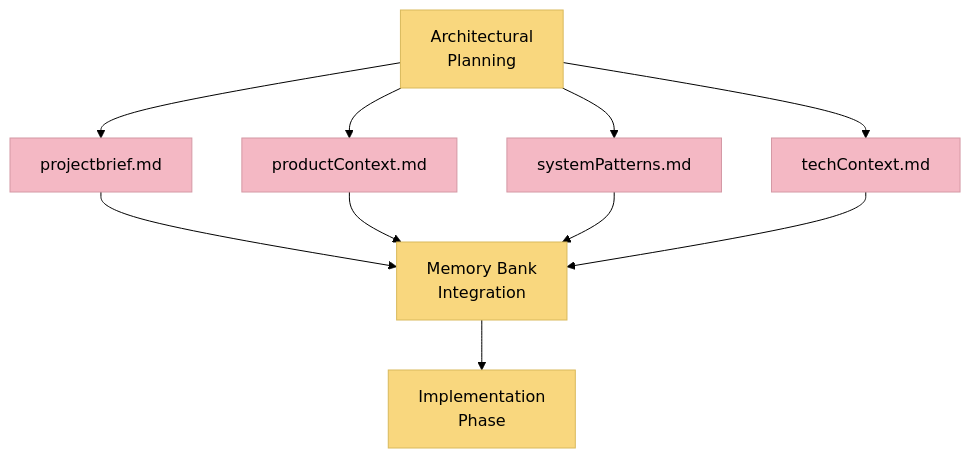
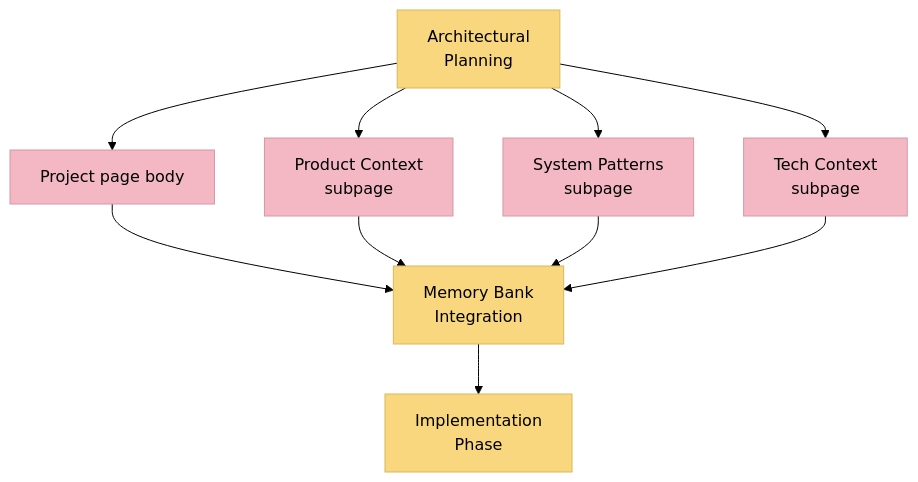
The tenth of 10 diagrams in .cursor/rules/isolation_rules/Level4/architectural-planning.mdc (xianzhu21/cursor-memory-notion), drawn with Mermaid (forest theme) before and after one commit. The commit also changed other lines of this file and 37 other files, not shown here.

````diff
--- a/.cursor/rules/isolation_rules/Level4/architectural-planning.mdc
+++ b/.cursor/rules/isolation_rules/Level4/architectural-planning.mdc
@@ -663,16 +663,16 @@
 ```mermaid
 flowchart TD
     classDef memfile fill:#f4b8c4,stroke:#d498a4,color:#000
     classDef process fill:#f9d77e,stroke:#d9b95c,color:#000
     
-    Architecture[Architectural<br>Planning] --> PB[projectbrief.md]
-    Architecture --> PC[productContext.md]
-    Architecture --> SP[systemPatterns.md]
-    Architecture --> TC[techContext.md]
+    Architecture[Architectural<br>Planning] --> PB["Project page body"]
+    Architecture --> PC["Product Context<br>subpage"]
+    Architecture --> SP["System Patterns<br>subpage"]
+    Architecture --> TC["Tech Context<br>subpage"]
     
     PB & PC & SP & TC --> MBI[Memory Bank<br>Integration]
     MBI --> Next[Implementation<br>Phase]
     
     class PB,PC,SP,TC memfile
     class Architecture,MBI,Next process
 ```
````
